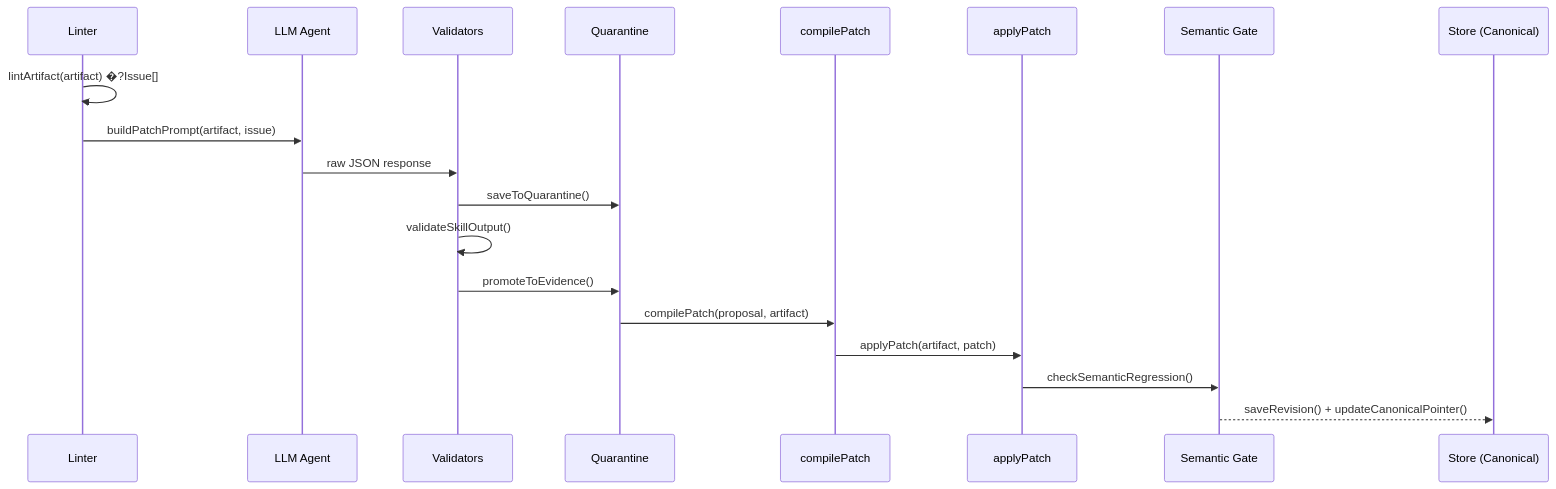
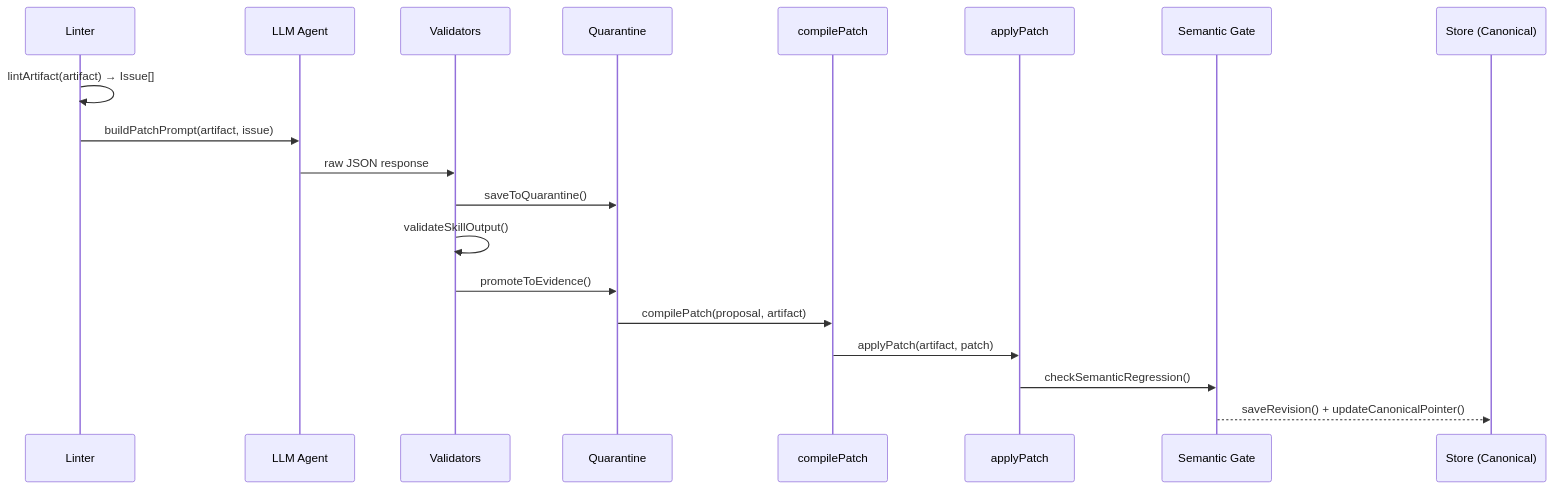
One commit to minor-snow/test changed the third of 4 diagrams in ARCHITECTURE.md. Above: the diagram before and after it, drawn with Mermaid. The commit also changed other lines of this file and 5020 other files, not shown here.

````diff
--- a/ARCHITECTURE.md
+++ b/ARCHITECTURE.md
@@ -454,22 +290,22 @@
 ```mermaid
 sequenceDiagram
     participant L as Linter
     participant A as LLM Agent
     participant V as Validators
     participant Q as Quarantine
     participant C as compilePatch
     participant P as applyPatch
     participant S as Semantic Gate
     participant R as Store (Canonical)
 
-    L->>L: lintArtifact(artifact) �?Issue[]
+    L->>L: lintArtifact(artifact) → Issue[]
     L->>A: buildPatchPrompt(artifact, issue)
     A->>V: raw JSON response
     V->>Q: saveToQuarantine()
     V->>V: validateSkillOutput()
     V->>Q: promoteToEvidence()
     Q->>C: compilePatch(proposal, artifact)
     C->>P: applyPatch(artifact, patch)
     P->>S: checkSemanticRegression()
     S-->>R: saveRevision() + updateCanonicalPointer()
 ```
````
